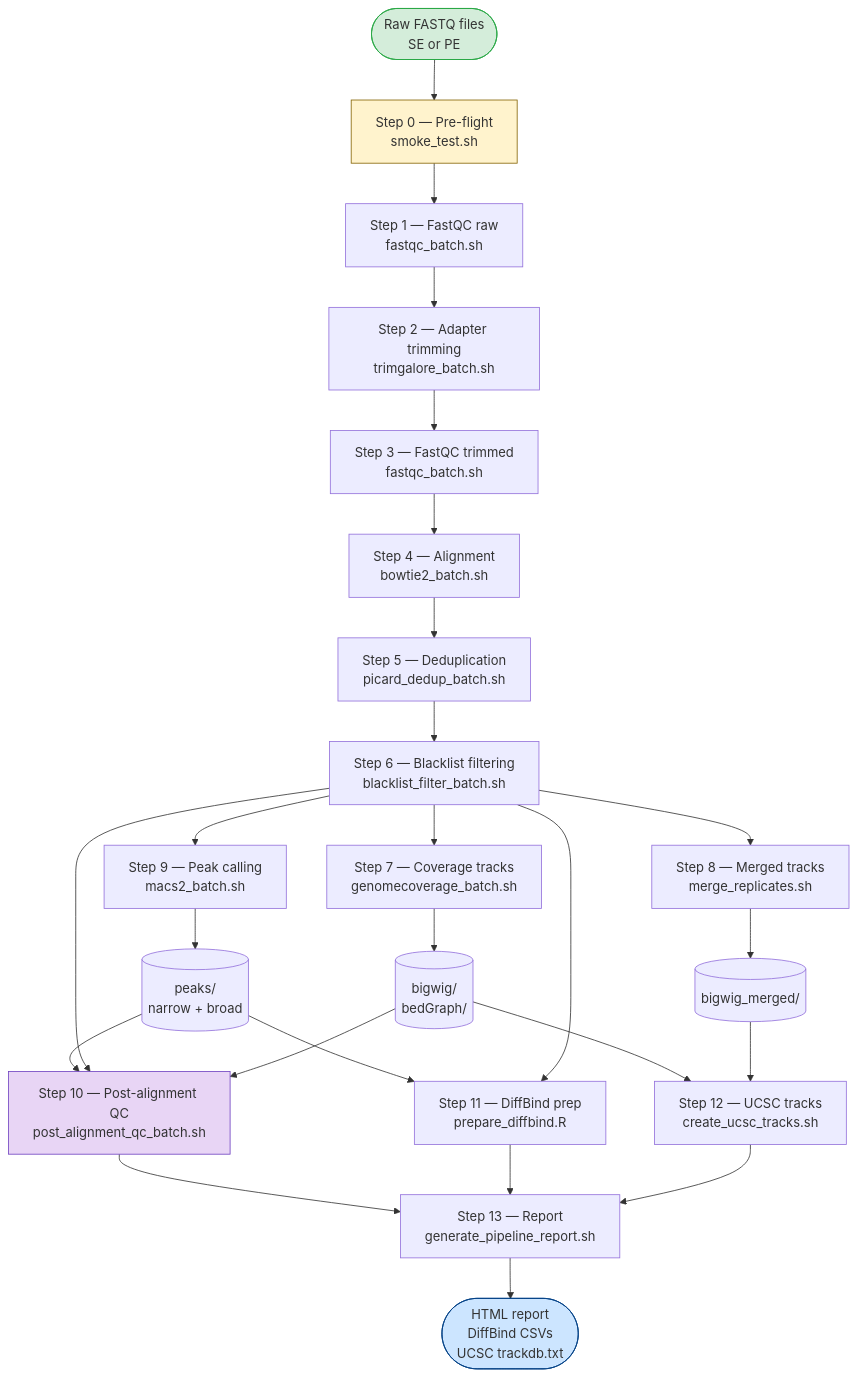
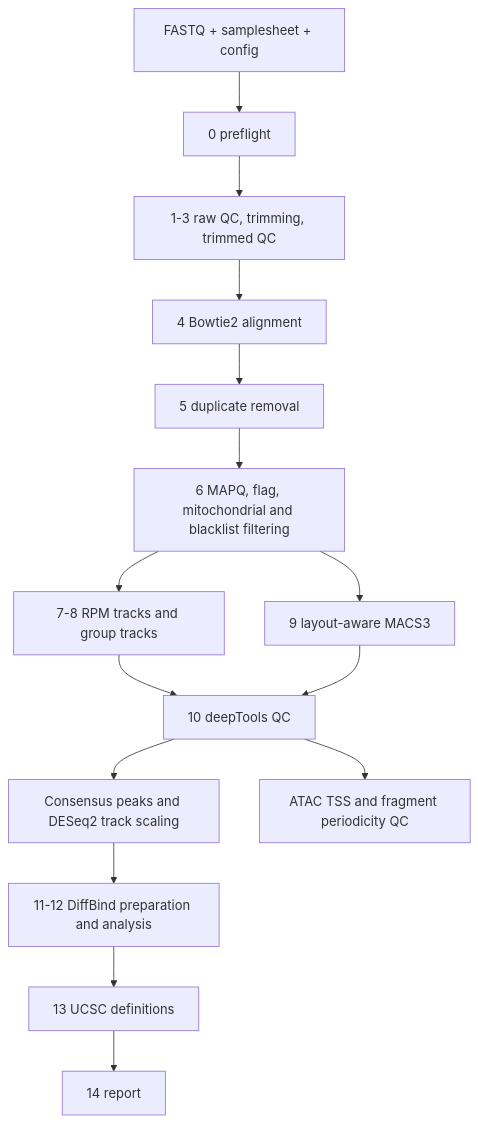
Before and after one commit to MichalGd/ATACseq2tracks: the diagram in docs/01_overview.md, drawn with Mermaid. The commit also changed other lines of this file and 53 other files, not shown here.

````diff
--- a/docs/01_overview.md
+++ b/docs/01_overview.md
@@ -34,32 +33,17 @@
 ```mermaid
 flowchart TD
-    A([Raw FASTQ files\nSE or PE]) --> S0[Step 0 — Pre-flight\nsmoke_test.sh]
-    S0 --> S1[Step 1 — FastQC raw\nfastqc_batch.sh]
-    S1 --> S2[Step 2 — Adapter trimming\ntrimgalore_batch.sh]
-    S2 --> S3[Step 3 — FastQC trimmed\nfastqc_batch.sh]
-    S3 --> S4[Step 4 — Alignment\nbowtie2_batch.sh]
-    S4 --> S5[Step 5 — Deduplication\npicard_dedup_batch.sh]
-    S5 --> S6[Step 6 — Blacklist filtering\nblacklist_filter_batch.sh]
-    S6 --> S7[Step 7 — Coverage tracks\ngenomecoverage_batch.sh]
-    S6 --> S8[Step 8 — Merged tracks\nmerge_replicates.sh]
-    S6 --> S9[Step 9 — Peak calling\nmacs2_batch.sh]
-    S7 --> OUT1[(bigwig/\nbedGraph/)]
-    S8 --> OUT2[(bigwig_merged/)]
-    S9 --> OUT3[(peaks/\nnarrow + broad)]
-    OUT3 --> S10[Step 10 — Post-alignment QC\npost_alignment_qc_batch.sh]
-    S6 --> S10
-    OUT1 --> S10
-    OUT3 --> S11[Step 11 — DiffBind prep\nprepare_diffbind.R]
-    S6 --> S11
-    OUT1 --> S12[Step 12 — UCSC tracks\ncreate_ucsc_tracks.sh]
-    OUT2 --> S12
-    S10 --> S13[Step 13 — Report\ngenerate_pipeline_report.sh]
-    S11 --> S13
-    S12 --> S13
-    S13 --> FINAL([HTML report\nDiffBind CSVs\nUCSC trackdb.txt])
-
-    style A fill:#d4edda,stroke:#28a745
-    style FINAL fill:#cce5ff,stroke:#004085
-    style S0 fill:#fff3cd,stroke:#856404
-    style S10 fill:#e8d5f5,stroke:#6f42c1
+    A[FASTQ + samplesheet + config] --> B[0 preflight]
+    B --> C[1-3 raw QC, trimming, trimmed QC]
+    C --> D[4 Bowtie2 alignment]
+    D --> E[5 duplicate removal]
+    E --> F[6 MAPQ, flag, mitochondrial and blacklist filtering]
+    F --> G[7-8 RPM tracks and group tracks]
+    F --> H[9 layout-aware MACS3]
+    G --> I[10 deepTools QC]
+    H --> I
+    I --> J[Consensus peaks and DESeq2 track scaling]
+    I --> K[ATAC TSS and fragment periodicity QC]
+    J --> L[11-12 DiffBind preparation and analysis]
+    L --> M[13 UCSC definitions]
+    M --> N[14 report]
 ```
````
